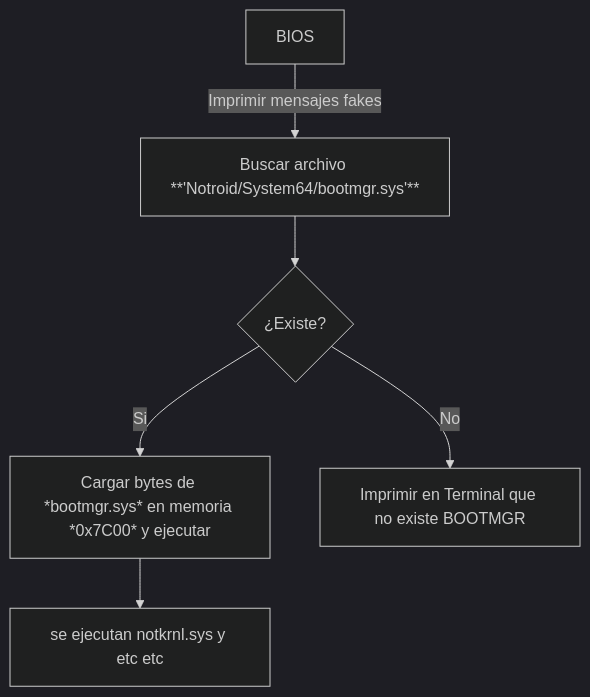
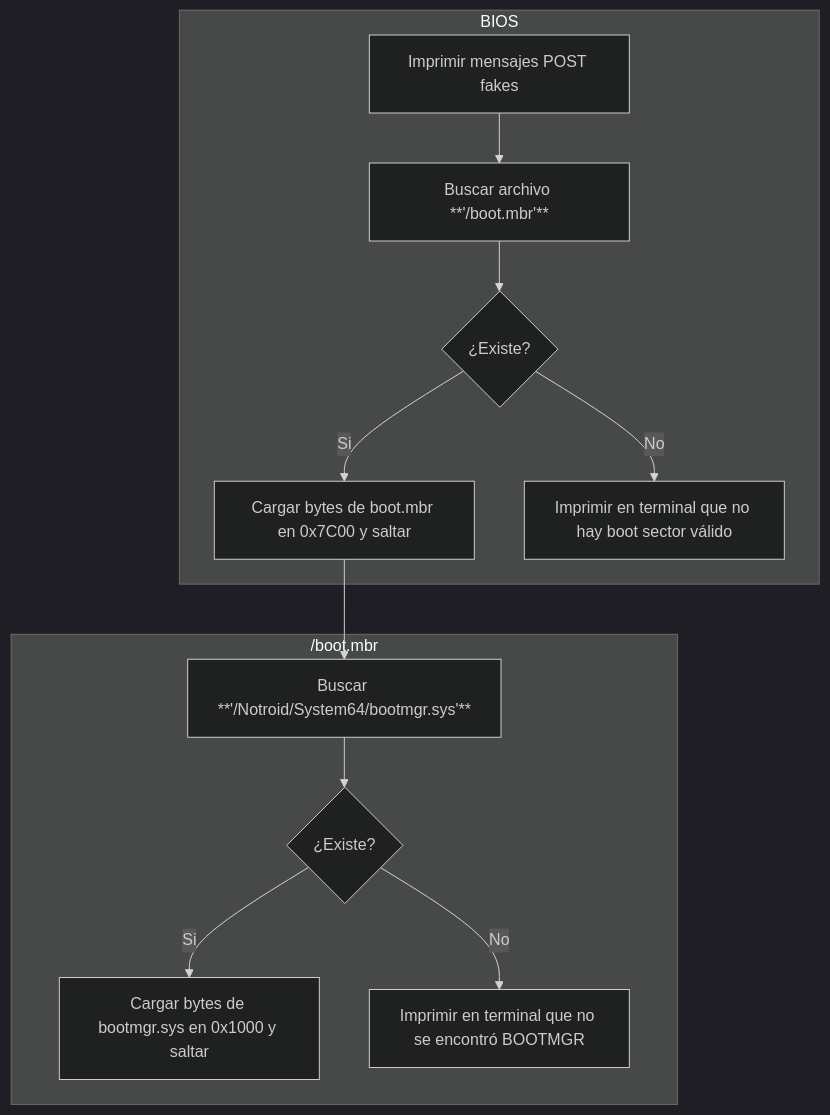
Before and after one commit to 12steveDev/Notroid-2.0: the diagram in NOTES.md, drawn with Mermaid (dark theme). The commit also changed other lines of this file and 8 other files, not shown here.

````diff
--- a/NOTES.md
+++ b/NOTES.md
@@ -36,7 +36,14 @@
 ```mermaid
 graph TD
-A[BIOS] -- Imprimir mensajes fakes --> B[Buscar archivo **'Notroid/System64/bootmgr.sys'**] --> C{¿Existe?}
-C -- Si --> D[Cargar bytes de *bootmgr.sys* en memoria *0x7C00* y ejecutar]
-C -- No --> E[Imprimir en Terminal que no existe BOOTMGR]
-D --> F[se ejecutan notkrnl.sys y etc etc]
+subgraph bios [BIOS]
+A[Imprimir mensajes POST fakes] --> B[Buscar archivo **'/boot.mbr'**] --> C{¿Existe?}
+C -- Si --> D[Cargar bytes de boot.mbr en 0x7C00 y saltar]
+C -- No --> DN[Imprimir en terminal que no hay boot sector válido]
+end
+subgraph bootmbr ["/boot.mbr"]
+D --> E[Buscar **'/Notroid/System64/bootmgr.sys'**]
+E --> F{¿Existe?}
+F -- Si --> G[Cargar bytes de bootmgr.sys en 0x1000 y saltar]
+F -- No --> GN[Imprimir en terminal que no se encontró BOOTMGR]
+end
 ```
````
